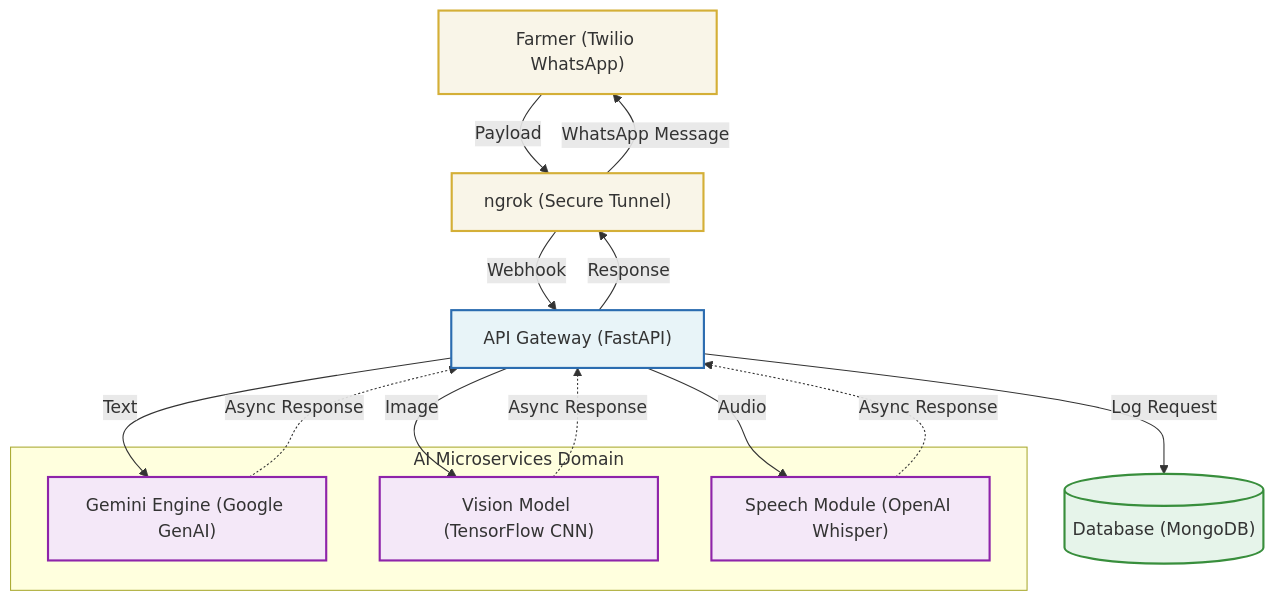
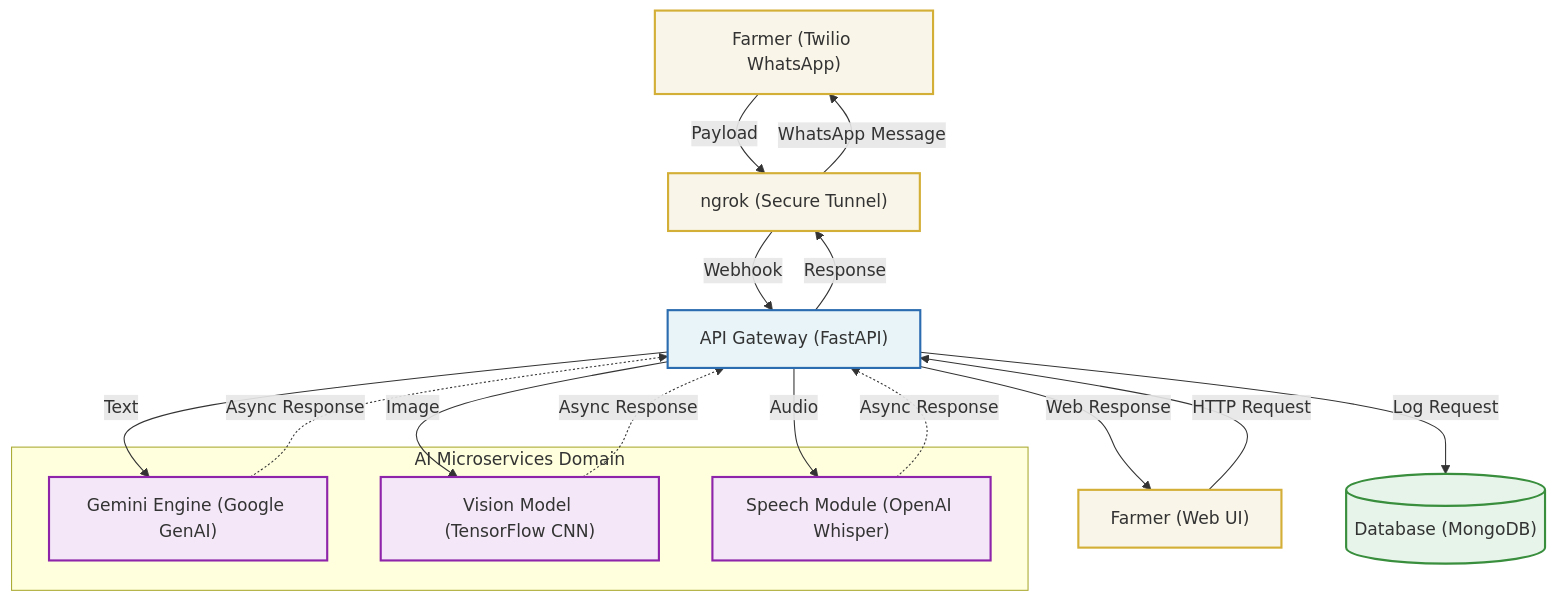
One commit to MrWhiiteHat/AI-Powered-Agricultural-Advisory-Chatbot-for-Indian-Farmers changed the diagram in README.md. Above: the diagram before and after it, drawn with Mermaid.

Commit message:
docs: add architecture graph flow in README
Agent-Logs-Url: https://github.com/MrWhiiteHat/AI-Powered-Agricultural-Advisory-Chatbot-for-Indian-Farmers/sessions/1342c5b7-c4ef-4988-8608-0fc2c081ad18

````diff
--- a/README.md
+++ b/README.md
@@ -29,34 +29,33 @@
 ```mermaid
 graph TD
     classDef external fill:#f9f5e8,stroke:#d4af37,stroke-width:2px,color:#333
     classDef backend fill:#e8f4f8,stroke:#2b6cb0,stroke-width:2px,color:#333
     classDef database fill:#e6f4ea,stroke:#388e3c,stroke-width:2px,color:#333
     classDef microservice fill:#f4e8f8,stroke:#8e24aa,stroke-width:2px,color:#333
 
     Farmer["Farmer (Twilio WhatsApp)"]:::external
+    WebUI["Farmer (Web UI)"]:::external
     Ngrok["ngrok (Secure Tunnel)"]:::external
     ApiGateway["API Gateway (FastAPI)"]:::backend
     MongoDb[("Database (MongoDB)")]:::database
-    
-    subgraph AI_Microservices_Domain ["AI Microservices Domain"]
+
+    subgraph AI_Microservices_Domain["AI Microservices Domain"]
         Gemini["Gemini Engine (Google GenAI)"]:::microservice
         Vision["Vision Model (TensorFlow CNN)"]:::microservice
         Speech["Speech Module (OpenAI Whisper)"]:::microservice
     end
 
     Farmer -- "Payload" --> Ngrok
+    WebUI -- "HTTP Request" --> ApiGateway
     Ngrok -- "Webhook" --> ApiGateway
-    
     ApiGateway -- "Log Request" --> MongoDb
-    
     ApiGateway -- "Text" --> Gemini
     ApiGateway -- "Image" --> Vision
     ApiGateway -- "Audio" --> Speech
-    
     Gemini -. "Async Response" .-> ApiGateway
     Vision -. "Async Response" .-> ApiGateway
     Speech -. "Async Response" .-> ApiGateway
-
     ApiGateway -- "Response" --> Ngrok
     Ngrok -- "WhatsApp Message" --> Farmer
+    ApiGateway -- "Web Response" --> WebUI
 ```
````
